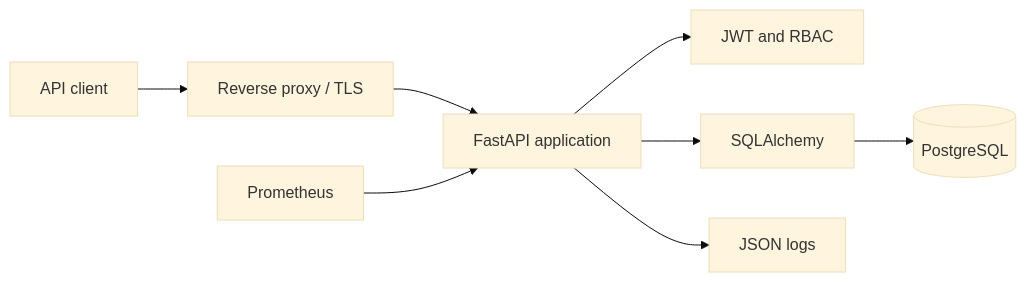
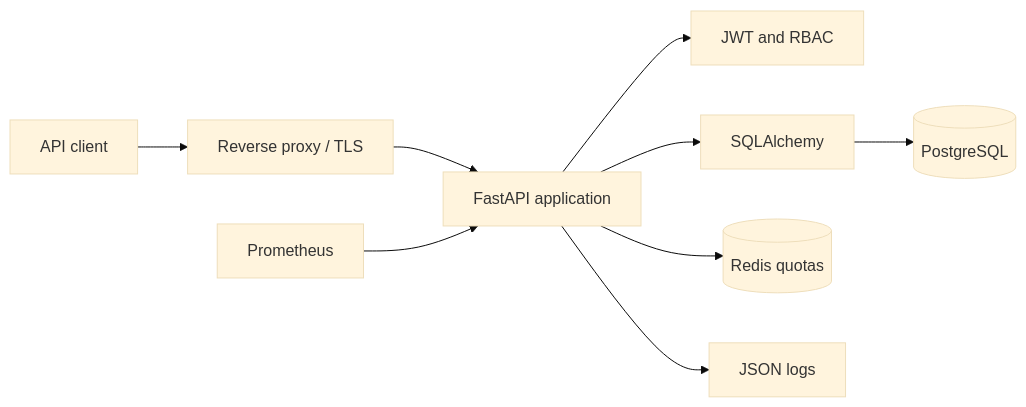
One commit to HoungDev/fastapi-production-api changed the diagram in README.md. Above: the diagram before and after it, drawn with Mermaid (base theme). The commit also changed other lines of this file and 28 other files, not shown here.

````diff
--- a/README.md
+++ b/README.md
@@ -118,10 +118,11 @@
 ```mermaid
 flowchart LR
     Client["API client"] --> Proxy["Reverse proxy / TLS"]
     Proxy --> API["FastAPI application"]
     API --> Auth["JWT and RBAC"]
     API --> DB["SQLAlchemy"]
     DB --> Postgres[("PostgreSQL")]
+    API --> Redis[("Redis quotas")]
     API --> Logs["JSON logs"]
     Monitor["Prometheus"] --> API
 ```
````
